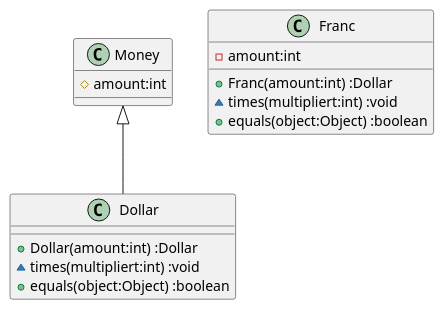
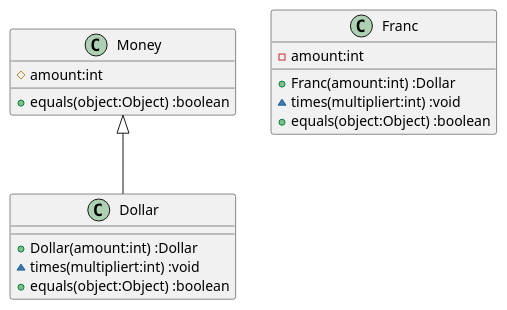
Before and after one commit to k2works/etude_for_java: the diagram in docs/src/TDD.md, drawn with PlantUML. The commit also changed 3 other files, not shown here.

````diff
--- a/docs/src/TDD.md
+++ b/docs/src/TDD.md
@@ -59,17 +59,18 @@
 ```puml
 class Dollar {
   +Dollar(amount:int) :Dollar
   ~times(multipliert:int) :void
   +equals(object:Object) :boolean
 }
 class Franc {
   -amount:int
   +Franc(amount:int) :Dollar
   ~times(multipliert:int) :void
   +equals(object:Object) :boolean
 }
 class Money {
   #amount:int
+  +equals(object:Object) :boolean  
 }
 Money <|-- Dollar
 ```
````
